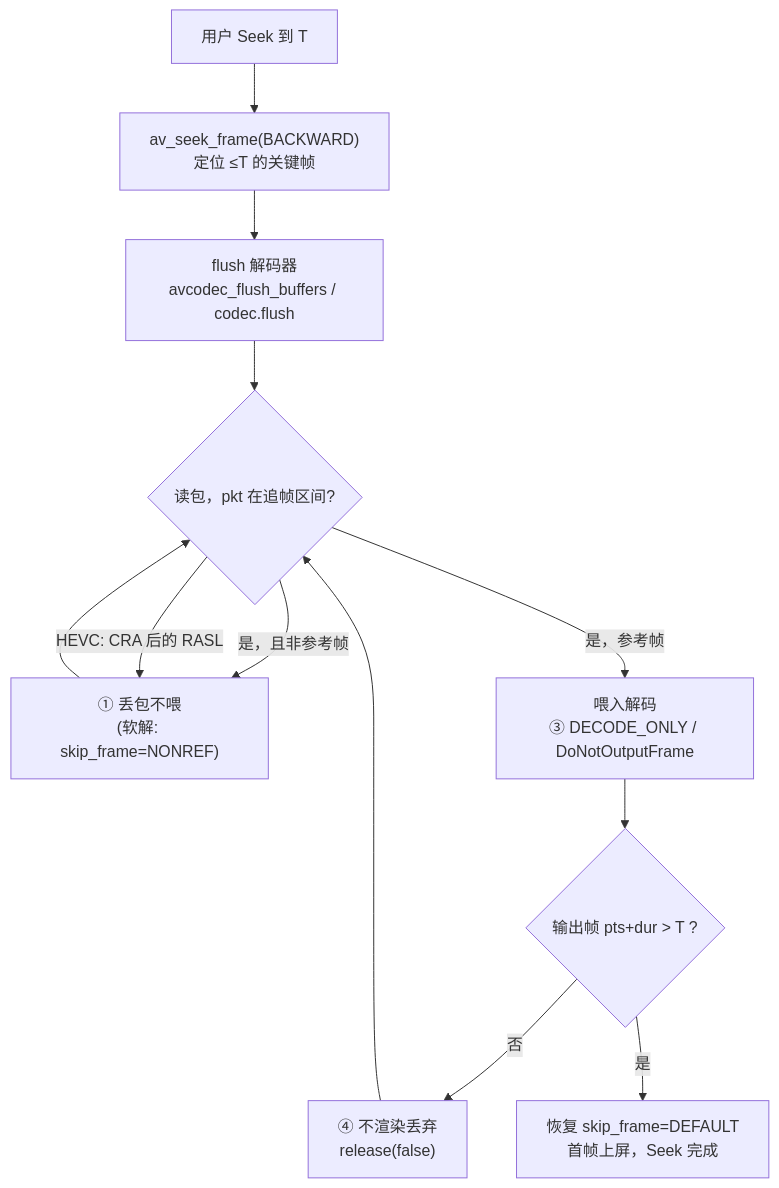
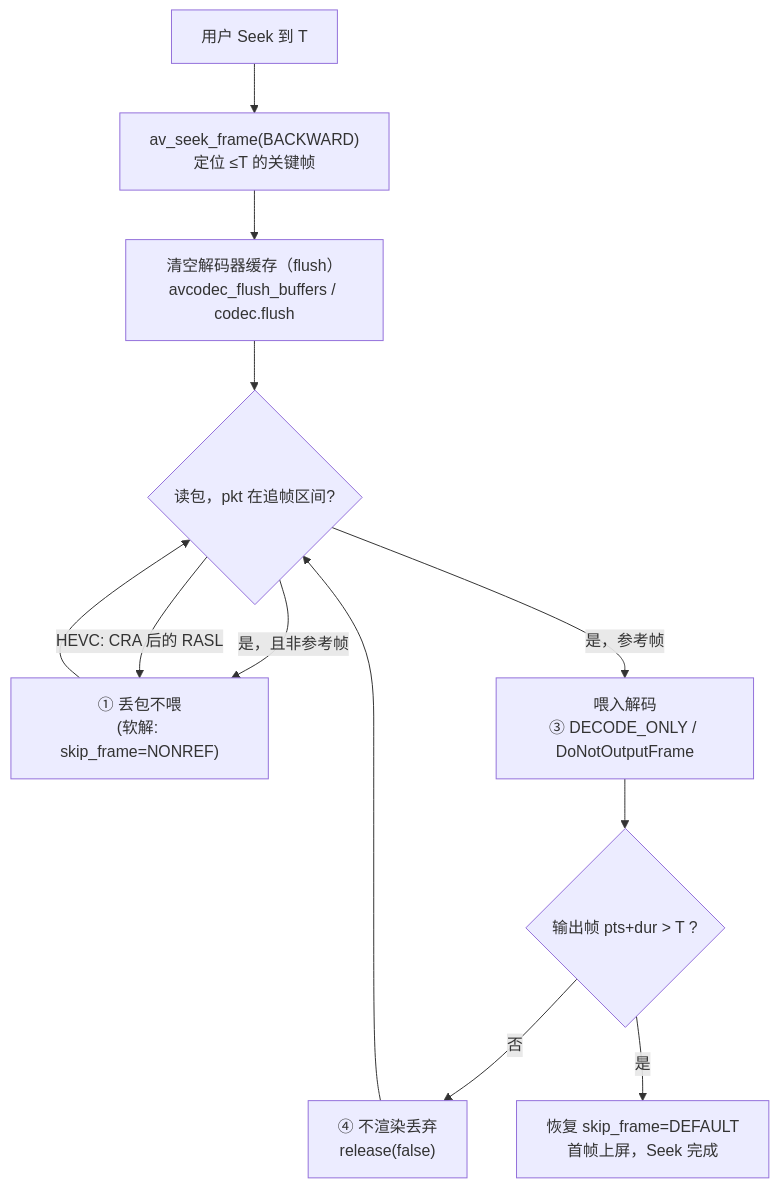
One commit to ltlovezh/FFmpeg changed the sixth of 6 diagrams in articles/seek-nonref-frame-dropping.md. Above: the diagram before and after it, drawn with Mermaid. The commit also changed other lines of this file and 1 other file, not shown here.

````diff
--- a/articles/seek-nonref-frame-dropping.md
+++ b/articles/seek-nonref-frame-dropping.md
@@ -555,14 +603,14 @@
 ```mermaid
 flowchart TD
     A["用户 Seek 到 T"] --> B["av_seek_frame(BACKWARD)<br/>定位 ≤T 的关键帧"]
-    B --> C["flush 解码器<br/>avcodec_flush_buffers / codec.flush"]
+    B --> C["清空解码器缓存（flush）<br/>avcodec_flush_buffers / codec.flush"]
     C --> D{"读包，pkt 在追帧区间?"}
     D -->|"是，且非参考帧"| E["① 丢包不喂<br/>(软解: skip_frame=NONREF)"]
     D -->|"是，参考帧"| F["喂入解码<br/>③ DECODE_ONLY / DoNotOutputFrame"]
     D -->|"HEVC: CRA 后的 RASL"| E
     E --> D
     F --> G{"输出帧 pts+dur > T ?"}
     G -->|"否"| H["④ 不渲染丢弃<br/>release(false)"]
     H --> D
     G -->|"是"| I["恢复 skip_frame=DEFAULT<br/>首帧上屏，Seek 完成"]
 ```
````
